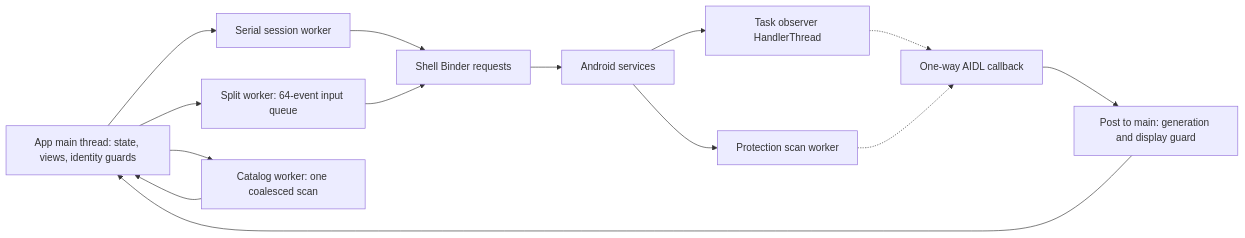
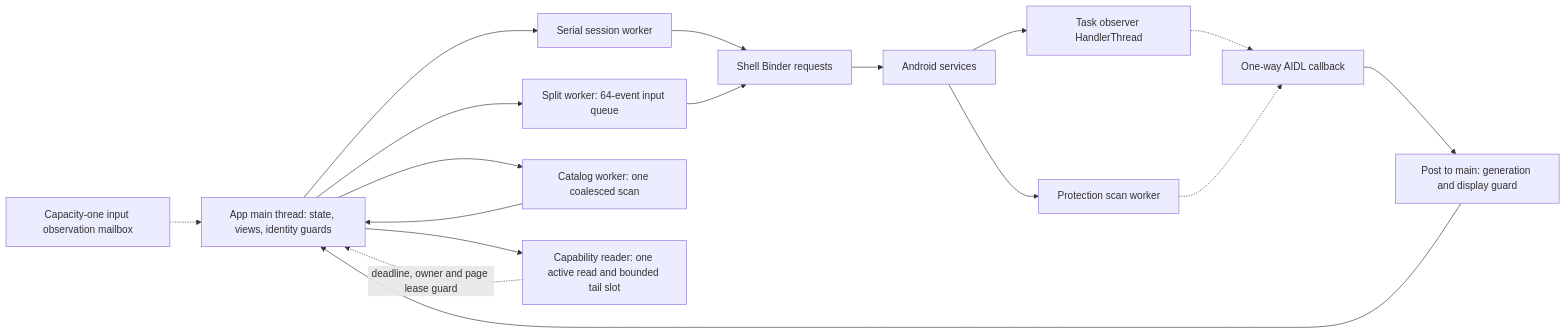
The third of 3 diagrams in docs/architecture/README.md (PhiLong-Ho/DexDroid), drawn with Mermaid before and after one commit. The commit also changed other lines of this file and 67 other files, not shown here.

````diff
--- a/docs/architecture/README.md
+++ b/docs/architecture/README.md
@@ -111,16 +124,19 @@
 ```mermaid
 flowchart LR
     Main[App main thread: state, views, identity guards] --> Work[Serial session worker]
     Main --> Split[Split worker: 64-event input queue]
     Main --> Catalog[Catalog worker: one coalesced scan]
+    Main --> Capabilities[Capability reader: one active read and bounded tail slot]
+    InputFact[Capacity-one input observation mailbox] -.-> Main
     Work --> Binder[Shell Binder requests]
     Split --> Binder
     Binder --> Android[Android services]
     Android --> Tasks[Task observer HandlerThread]
     Android --> Protect[Protection scan worker]
     Tasks -.-> Callback[One-way AIDL callback]
     Protect -.-> Callback
     Callback --> Guard[Post to main: generation and display guard]
     Guard --> Main
     Catalog --> Main
+    Capabilities -.->|deadline, owner and page lease guard| Main
 ```
````
